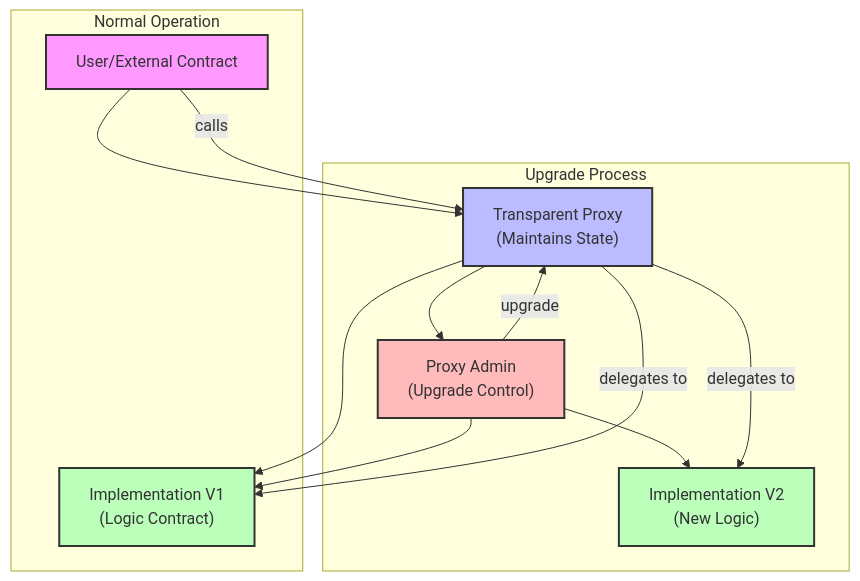
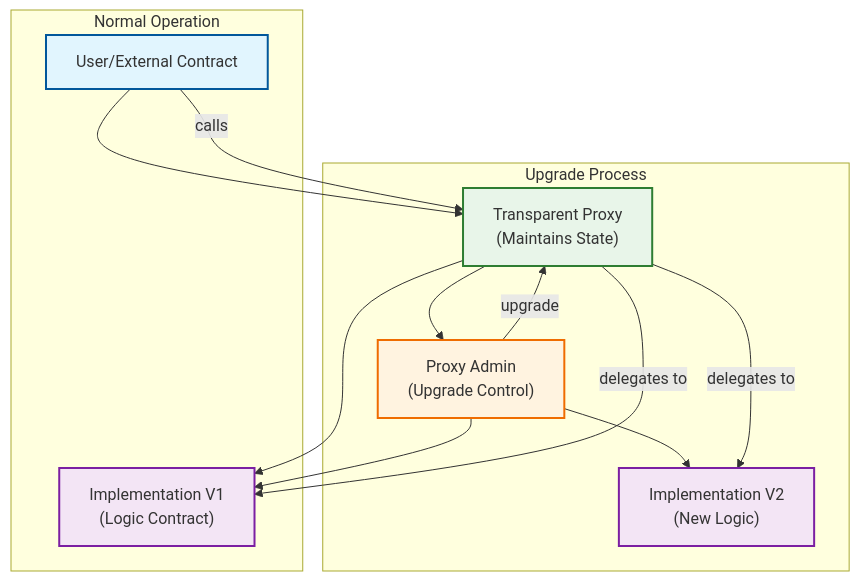
One commit to sencina/oea-token changed the diagram in packages/web3/README.md. Above: the diagram before and after it, drawn with Mermaid.

````diff
--- a/packages/web3/README.md
+++ b/packages/web3/README.md
@@ -29,24 +29,24 @@
 ```mermaid
 graph TD
     U["User/External Contract"] --> P["Transparent Proxy<br/>(Maintains State)"]
     P --> I["Implementation V1<br/>(Logic Contract)"]
     P --> PA["Proxy Admin<br/>(Upgrade Control)"]
     PA --> I
     PA --> I2["Implementation V2<br/>(New Logic)"]
     
     subgraph "Upgrade Process"
         PA -- "upgrade" --> P
         P -- "delegates to" --> I2
     end
     
     subgraph "Normal Operation"
         U -- "calls" --> P
         P -- "delegates to" --> I
     end
     
-    style U fill:#f9f,stroke:#333,stroke-width:2px
-    style P fill:#bbf,stroke:#333,stroke-width:2px
-    style I fill:#bfb,stroke:#333,stroke-width:2px
-    style I2 fill:#bfb,stroke:#333,stroke-width:2px
-    style PA fill:#fbb,stroke:#333,stroke-width:2px
+    style U fill:#e1f5fe,stroke:#01579b,stroke-width:2px
+    style P fill:#e8f5e9,stroke:#2e7d32,stroke-width:2px
+    style I fill:#f3e5f5,stroke:#7b1fa2,stroke-width:2px
+    style I2 fill:#f3e5f5,stroke:#7b1fa2,stroke-width:2px
+    style PA fill:#fff3e0,stroke:#ef6c00,stroke-width:2px
 ```
````
